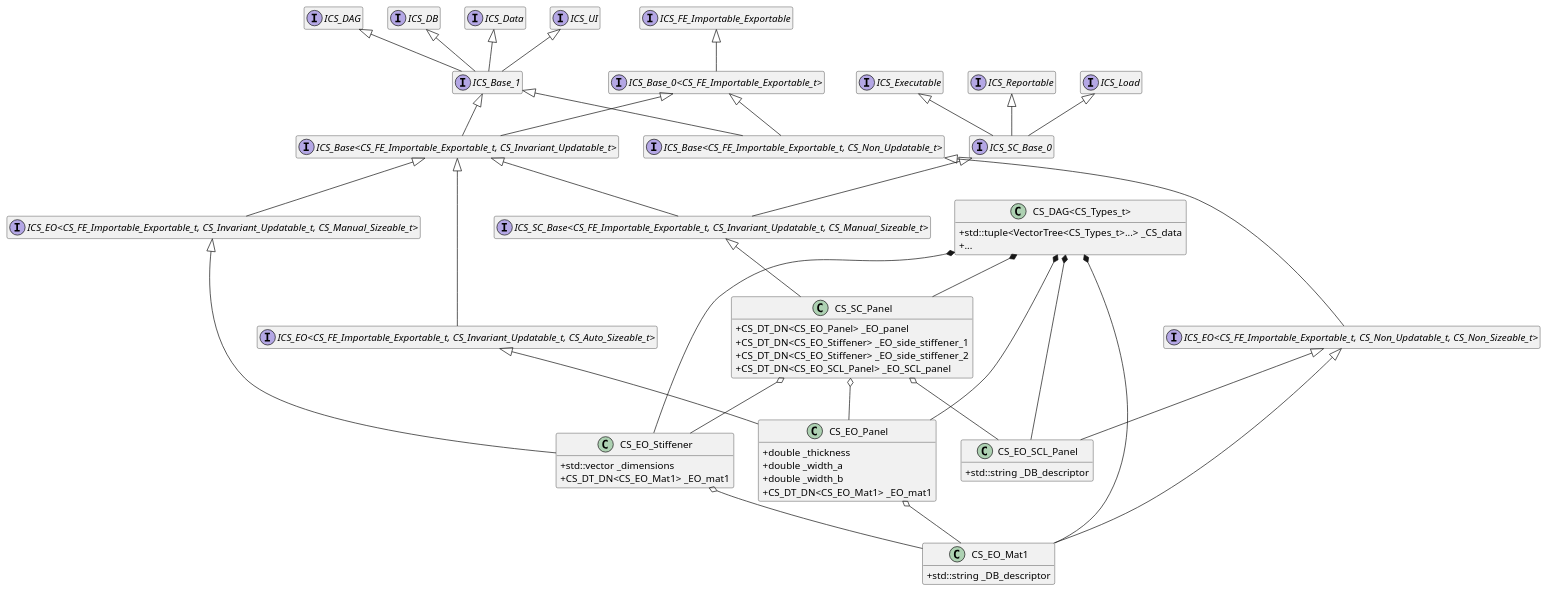
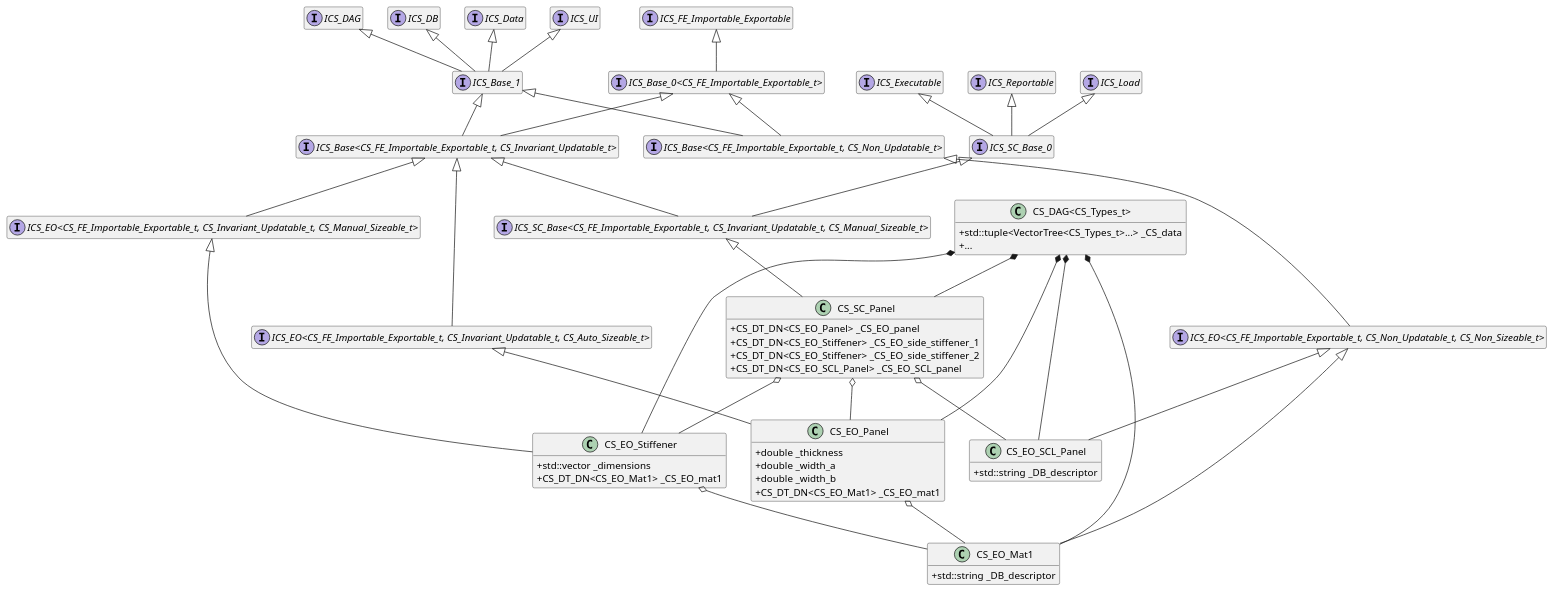
Before and after one commit to BarisAlbayrakIEEE/StructuralAnalysis: the diagram in uml/DAG.puml, drawn with PlantUML. The commit also changed 2 other files, not shown here.

```diff
--- a/uml/DAG.puml
+++ b/uml/DAG.puml
@@ -1,100 +1,100 @@
 @startuml
 hide empty members
 skinparam classAttributeIconSize 0
 
 interface ICS_UI
 interface ICS_DAG
 interface ICS_DB
 interface ICS_Data
 interface ICS_Base_1
 
 ICS_UI <|-- ICS_Base_1
 ICS_DAG <|-- ICS_Base_1
 ICS_DB <|-- ICS_Base_1
 ICS_Data <|-- ICS_Base_1
 
 interface ICS_FE_Importable_Exportable
 interface "ICS_Base_0<CS_FE_Importable_Exportable_t>"
 interface "ICS_Base<CS_FE_Importable_Exportable_t, CS_Non_Updatable_t>"
 interface "ICS_EO<CS_FE_Importable_Exportable_t, CS_Non_Updatable_t, CS_Non_Sizeable_t>"
 
 ICS_FE_Importable_Exportable <|-- "ICS_Base_0<CS_FE_Importable_Exportable_t>"
 "ICS_Base_0<CS_FE_Importable_Exportable_t>" <|-- "ICS_Base<CS_FE_Importable_Exportable_t, CS_Non_Updatable_t>"
 ICS_Base_1 <|-- "ICS_Base<CS_FE_Importable_Exportable_t, CS_Non_Updatable_t>"
 "ICS_Base<CS_FE_Importable_Exportable_t, CS_Non_Updatable_t>" <|-- "ICS_EO<CS_FE_Importable_Exportable_t, CS_Non_Updatable_t, CS_Non_Sizeable_t>"
 "ICS_EO<CS_FE_Importable_Exportable_t, CS_Non_Updatable_t, CS_Non_Sizeable_t>" <|-- CS_EO_Mat1
 "ICS_EO<CS_FE_Importable_Exportable_t, CS_Non_Updatable_t, CS_Non_Sizeable_t>" <|-- CS_EO_SCL_Panel
 
 class CS_EO_Mat1 {
     +std::string _DB_descriptor
 }
 
 class CS_EO_SCL_Panel {
     +std::string _DB_descriptor
 }
 
 
 
 interface "ICS_Base<CS_FE_Importable_Exportable_t, CS_Invariant_Updatable_t>"
 interface "ICS_EO<CS_FE_Importable_Exportable_t, CS_Invariant_Updatable_t, CS_Auto_Sizeable_t>"
 interface "ICS_EO<CS_FE_Importable_Exportable_t, CS_Invariant_Updatable_t, CS_Manual_Sizeable_t>"
 
 ICS_Base_1 <|-- "ICS_Base<CS_FE_Importable_Exportable_t, CS_Invariant_Updatable_t>"
 "ICS_Base_0<CS_FE_Importable_Exportable_t>" <|-- "ICS_Base<CS_FE_Importable_Exportable_t, CS_Invariant_Updatable_t>"
 "ICS_Base<CS_FE_Importable_Exportable_t, CS_Invariant_Updatable_t>" <|-- "ICS_EO<CS_FE_Importable_Exportable_t, CS_Invariant_Updatable_t, CS_Auto_Sizeable_t>"
 "ICS_Base<CS_FE_Importable_Exportable_t, CS_Invariant_Updatable_t>" <|-- "ICS_EO<CS_FE_Importable_Exportable_t, CS_Invariant_Updatable_t, CS_Manual_Sizeable_t>"
 "ICS_EO<CS_FE_Importable_Exportable_t, CS_Invariant_Updatable_t, CS_Auto_Sizeable_t>" <|-- CS_EO_Panel
 "ICS_EO<CS_FE_Importable_Exportable_t, CS_Invariant_Updatable_t, CS_Manual_Sizeable_t>" <|-- CS_EO_Stiffener
 
 class CS_EO_Panel {
     +double _thickness
     +double _width_a
     +double _width_b
-    +CS_DT_DN<CS_EO_Mat1> _EO_mat1
+    +CS_DT_DN<CS_EO_Mat1> _CS_EO_mat1
 }
 CS_EO_Panel o-- CS_EO_Mat1
 
 class CS_EO_Stiffener {
     +std::vector _dimensions
-    +CS_DT_DN<CS_EO_Mat1> _EO_mat1
+    +CS_DT_DN<CS_EO_Mat1> _CS_EO_mat1
 }
 CS_EO_Stiffener o-- CS_EO_Mat1
 
 
 
 interface ICS_Executable
 interface ICS_Reportable
 interface ICS_Load
 interface ICS_SC_Base_0
 interface "ICS_SC_Base<CS_FE_Importable_Exportable_t, CS_Invariant_Updatable_t, CS_Manual_Sizeable_t>"
 
 ICS_Executable <|-- ICS_SC_Base_0
 ICS_Reportable <|-- ICS_SC_Base_0
 ICS_Load <|-- ICS_SC_Base_0
 ICS_SC_Base_0 <|-- "ICS_SC_Base<CS_FE_Importable_Exportable_t, CS_Invariant_Updatable_t, CS_Manual_Sizeable_t>"
 "ICS_Base<CS_FE_Importable_Exportable_t, CS_Invariant_Updatable_t>" <|-- "ICS_SC_Base<CS_FE_Importable_Exportable_t, CS_Invariant_Updatable_t, CS_Manual_Sizeable_t>"
 "ICS_SC_Base<CS_FE_Importable_Exportable_t, CS_Invariant_Updatable_t, CS_Manual_Sizeable_t>" <|-- CS_SC_Panel
 
 class CS_SC_Panel {
-    +CS_DT_DN<CS_EO_Panel> _EO_panel
-    +CS_DT_DN<CS_EO_Stiffener> _EO_side_stiffener_1
-    +CS_DT_DN<CS_EO_Stiffener> _EO_side_stiffener_2
-    +CS_DT_DN<CS_EO_SCL_Panel> _EO_SCL_panel
+    +CS_DT_DN<CS_EO_Panel> _CS_EO_panel
+    +CS_DT_DN<CS_EO_Stiffener> _CS_EO_side_stiffener_1
+    +CS_DT_DN<CS_EO_Stiffener> _CS_EO_side_stiffener_2
+    +CS_DT_DN<CS_EO_SCL_Panel> _CS_EO_SCL_panel
 }
 CS_SC_Panel o-- CS_EO_Panel
 CS_SC_Panel o-- CS_EO_Stiffener
 CS_SC_Panel o-- CS_EO_SCL_Panel
 
 
 
 class "CS_DAG<CS_Types_t>" {
     +std::tuple<VectorTree<CS_Types_t>...> _CS_data
     +...
 }
 "CS_DAG<CS_Types_t>" *-- CS_EO_Mat1
 "CS_DAG<CS_Types_t>" *-- CS_EO_Panel
 "CS_DAG<CS_Types_t>" *-- CS_EO_Stiffener
 "CS_DAG<CS_Types_t>" *-- CS_EO_SCL_Panel
 "CS_DAG<CS_Types_t>" *-- CS_SC_Panel
 
 @enduml
```
